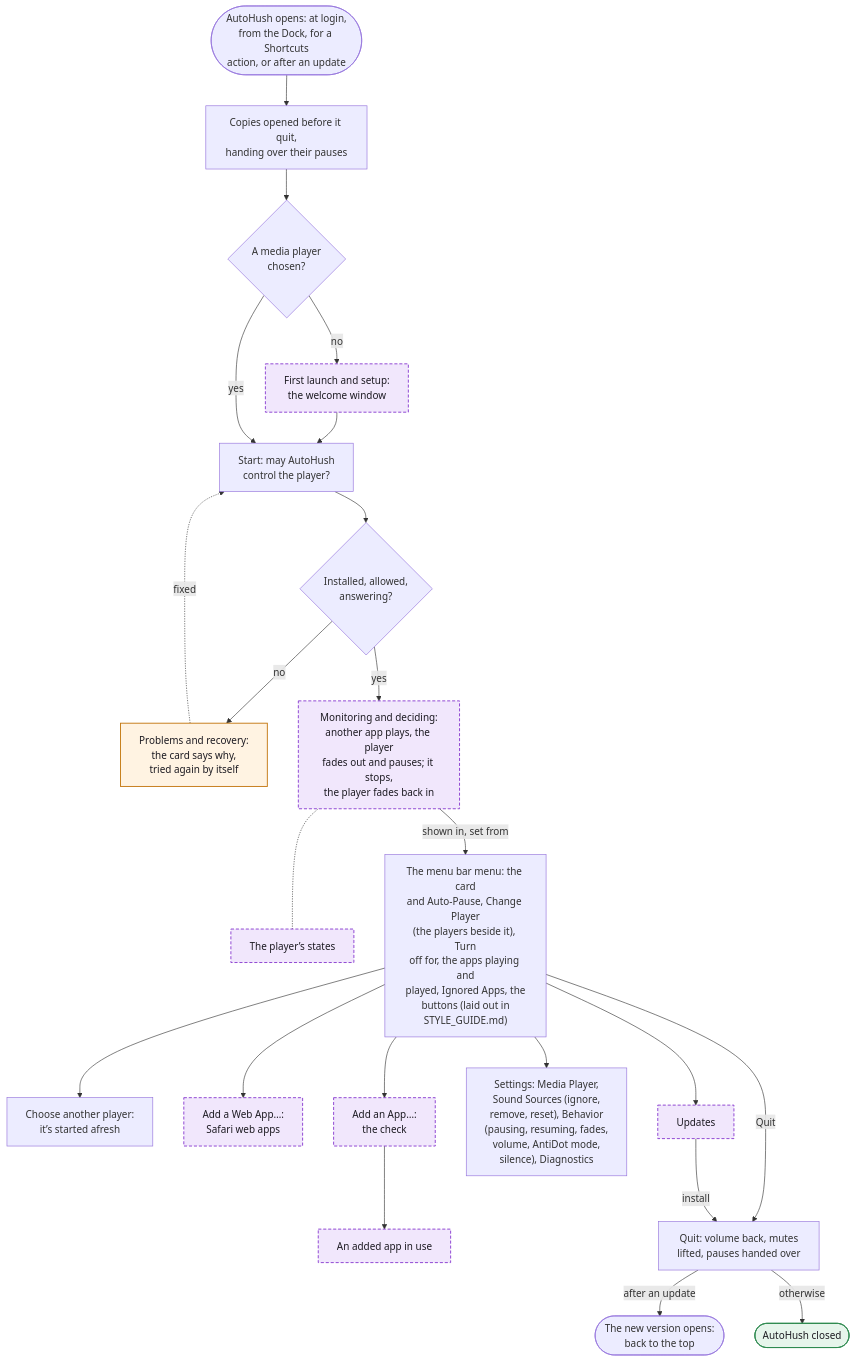
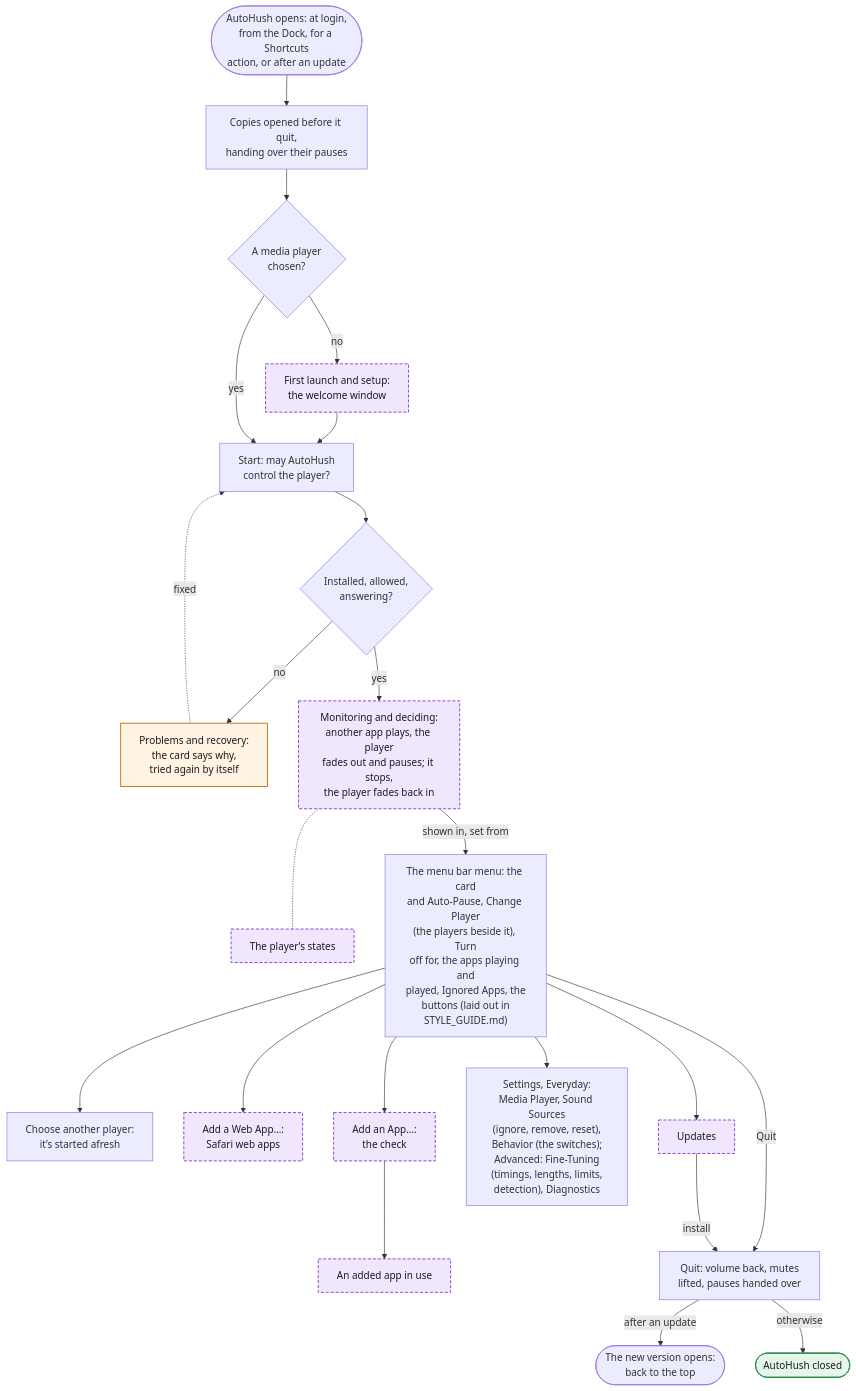
One commit to hfustercabre/AutoHush changed the first of 14 diagrams in WORKFLOWS.md. Above: the diagram before and after it, drawn with Mermaid. The commit also changed 24 other files, not shown here.

First line of the commit message:
feat: Everyday and Advanced settings, Fine-Tuning, a Restore Defaults per card

````diff
--- a/WORKFLOWS.md
+++ b/WORKFLOWS.md
@@ -24,48 +24,48 @@
 ```mermaid
 flowchart TD
   L(["AutoHush opens: at login,<br/>from the Dock, for a Shortcuts<br/>action, or after an update"])
   O["Copies opened before it quit,<br/>handing over their pauses"]
   C{"A media player<br/>chosen?"}
   W["First launch and setup:<br/>the welcome window"]
   S["Start: may AutoHush<br/>control the player?"]
   P{"Installed, allowed,<br/>answering?"}
   R["Problems and recovery:<br/>the card says why,<br/>tried again by itself"]
   M["Monitoring and deciding:<br/>another app plays, the player<br/>fades out and pauses; it stops,<br/>the player fades back in"]
   ST["The player’s states"]
   MENU["The menu bar menu: the card<br/>and Auto-Pause, Change Player<br/>(the players beside it), Turn<br/>off for, the apps playing and<br/>played, Ignored Apps, the<br/>buttons (laid out in<br/>STYLE_GUIDE.md)"]
   CH["Choose another player:<br/>it’s started afresh"]
   WA["Add a Web App…:<br/>Safari web apps"]
   AA["Add an App…:<br/>the check"]
   AU["An added app in use"]
-  SET["Settings: Media Player,<br/>Sound Sources (ignore,<br/>remove, reset), Behavior<br/>(pausing, resuming, fades,<br/>volume, AntiDot mode,<br/>silence), Diagnostics"]
+  SET["Settings, Everyday:<br/>Media Player, Sound Sources<br/>(ignore, remove, reset),<br/>Behavior (the switches);<br/>Advanced: Fine-Tuning<br/>(timings, lengths, limits,<br/>detection), Diagnostics"]
   UP["Updates"]
   Q["Quit: volume back, mutes<br/>lifted, pauses handed over"]
   RL(["The new version opens:<br/>back to the top"])
   QX(["AutoHush closed"])
 
   L --> O --> C
   C -->|"no"| W --> S
   C -->|"yes"| S
   S --> P
   P -->|"no"| R
   R -.->|"fixed"| S
   P -->|"yes"| M
   M -.- ST
   M -->|"shown in, set from"| MENU
   MENU --> CH
   MENU --> WA
   MENU --> AA --> AU
   MENU --> SET
   MENU --> UP
   MENU -->|"Quit"| Q
   UP -->|"install"| Q
   Q -->|"after an update"| RL
   Q -->|"otherwise"| QX
 
   class W,M,ST,WA,AA,AU,UP ref
   class R warn
   class QX done
   classDef ref fill:#f1e7fc,stroke:#8a3fd1,stroke-width:1.5px,stroke-dasharray: 5 3,color:#1d1b22
   classDef warn fill:#fff3e2,stroke:#c47812,stroke-width:1.5px,color:#1d1b22
   classDef done fill:#e6f5eb,stroke:#2f8a50,stroke-width:1.5px,color:#1d1b22
 ```
````
